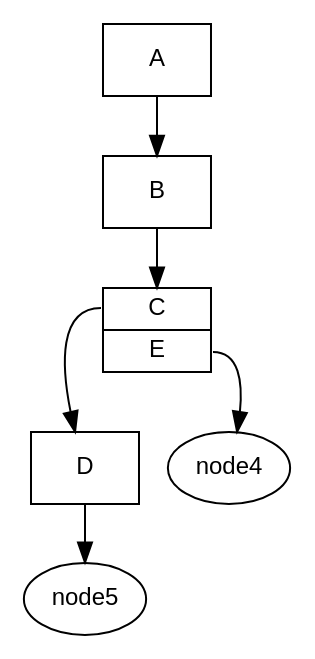
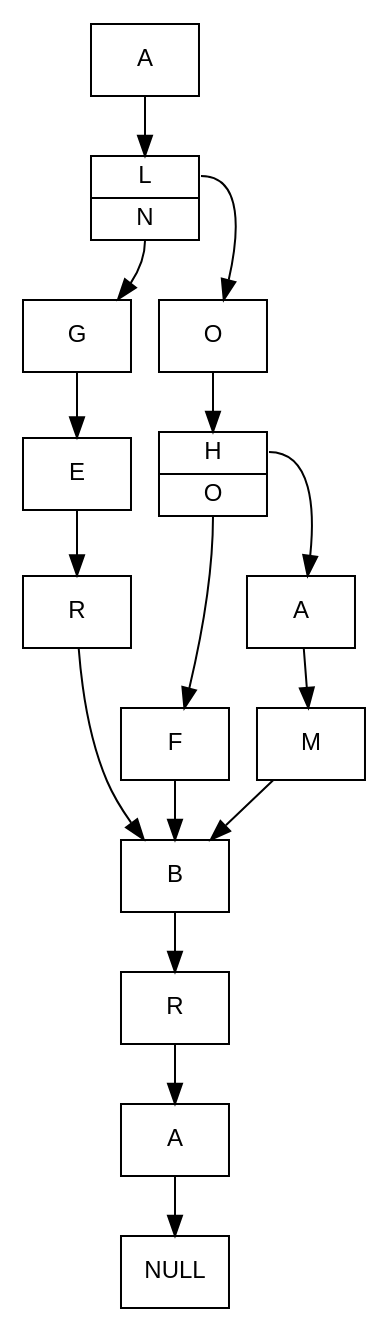
One commit to samsepi0x0/trie-visualize changed the diagram in tri.dot. Above: the diagram before and after it, drawn with Graphviz. The commit also changed 3 other files, not shown here.

```diff
--- a/tri.dot
+++ b/tri.dot
@@ -1,35 +1,86 @@
 digraph g { 
 
 fontname="Helvetica,Arial,sans-serif" 
 node [fontname="Helvetica,Arial,sans-serif"] 
 edge [fontname="Helvetica,Arial,sans-serif"] 
 graph [nodesep=0.2, ranksep=0.4];
 graph [ rankdir = "TB" ]; 
 node [ 
 fontsize = "12"
 shape = "ellipse"
 ]; 
 edge []; 
+"node12" [ 
+label = "{ <f0> A }"
+shape = "record"
+];
+"node11" [ 
+label = "{ <f17> R }"
+shape = "record"
+];
+"node10" [ 
+label = "{ <f1> B }"
+shape = "record"
+];
+"node9" [ 
+label = "{ <f12> M }"
+shape = "record"
+];
+"node8" [ 
+label = "{ <f17> R }"
+shape = "record"
+];
+"node7" [ 
+label = "{ <f5> F }"
+shape = "record"
+];
+"node6" [ 
+label = "{ <f0> A }"
+shape = "record"
+];
+"node5" [ 
+label = "{ <f4> E }"
+shape = "record"
+];
+"node4" [ 
+label = "{<f7> H | <f14> O }"
+shape = "record"
+];
 "node3" [ 
-label = "{ <f3> D }"
+label = "{ <f6> G }"
 shape = "record"
 ];
 "node2" [ 
-label = "{<f2> C | <f4> E }"
+label = "{ <f14> O }"
 shape = "record"
 ];
 "node1" [ 
-label = "{ <f1> B }"
+label = "{<f11> L | <f13> N }"
 shape = "record"
 ];
 "node0" [ 
 label = "{ <f0> A }"
 shape = "record"
 ];
+"node13" [ 
+label = "{ <f0> NULL }
+"
+shape = "record"
+];
 "node0":f0 -> "node1" [ id = 0 ];
-"node1":f1 -> "node2" [ id = 1 ];
-"node2":f2 -> "node3" [ id = 2 ];
-"node2":f4 -> "node4" [ id = 3 ];
-"node3":f3 -> "node5" [ id = 4 ];
+"node1":f11 -> "node2" [ id = 1 ];
+"node1":f13 -> "node3" [ id = 2 ];
+"node2":f14 -> "node4" [ id = 3 ];
+"node3":f6 -> "node5" [ id = 4 ];
+"node4":f7 -> "node6" [ id = 5 ];
+"node4":f14 -> "node7" [ id = 6 ];
+"node5":f4 -> "node8" [ id = 7 ];
+"node6":f0 -> "node9" [ id = 8 ];
+"node7":f5 -> "node10" [ id = 9 ];
+"node8":f17 -> "node10" [ id = 10 ];
+"node9":f12 -> "node10" [ id = 11 ];
+"node10":f1 -> "node11" [ id = 12 ];
+"node11":f17 -> "node12" [ id = 13 ];
+"node12":f0 -> "node13" [ id = 14 ];
 
 }
```
